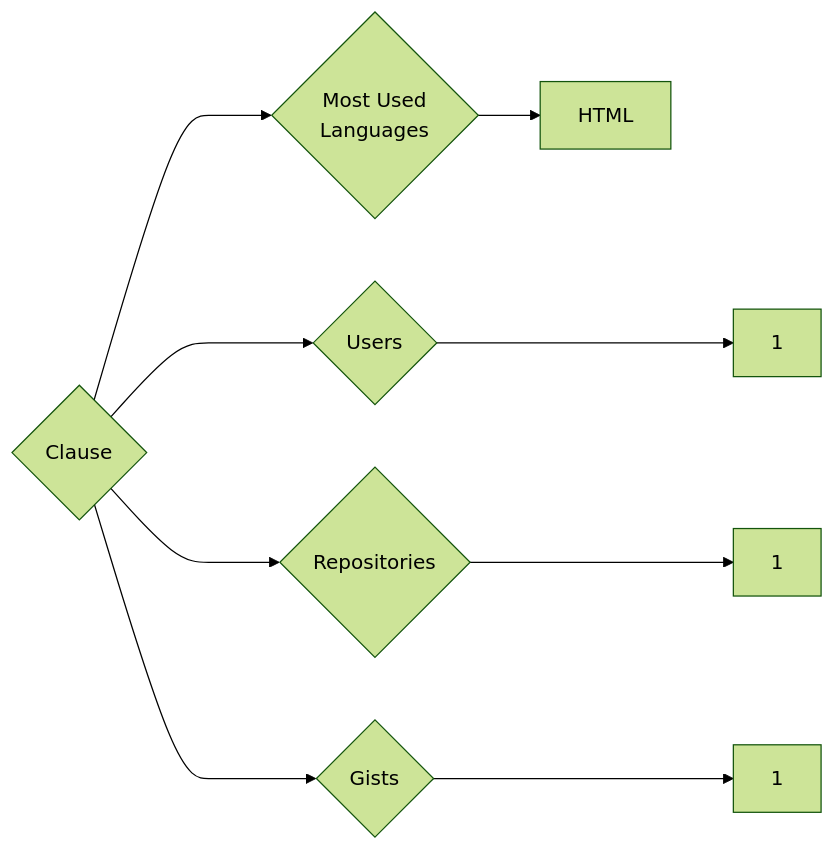
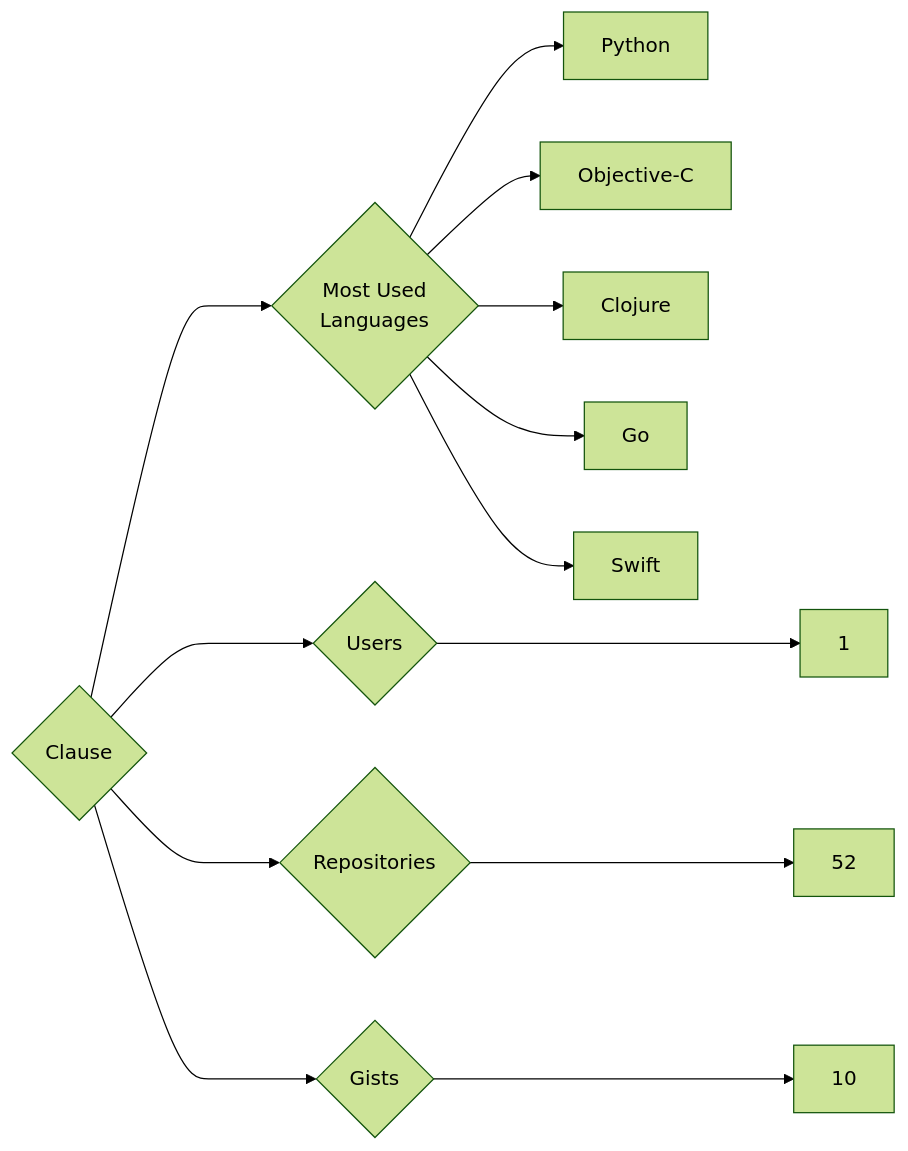
The diagram in targets/Clause/README.md (trickest/insiders), drawn with Mermaid (forest theme) before and after one commit. The commit also changed 559 other files, not shown here.

````diff
--- a/targets/Clause/README.md
+++ b/targets/Clause/README.md
@@ -3,9 +3,13 @@
 ```mermaid
 graph LR
 COMPANY_NAME{Clause}
 COMPANY_NAME ---> U{Users} ---> UN[1]
-COMPANY_NAME ---> R{Repositories} ---> RN[1]
-COMPANY_NAME ---> G{Gists} ---> GN[1]
+COMPANY_NAME ---> R{Repositories} ---> RN[52]
+COMPANY_NAME ---> G{Gists} ---> GN[10]
 COMPANY_NAME ---> ML{Most Used<br>Languages}
-ML --> HTML[HTML]
+ML --> Python[Python]
+ML --> Objective-C[Objective-C]
+ML --> Clojure[Clojure]
+ML --> Go[Go]
+ML --> Swift[Swift]
 ```
````
